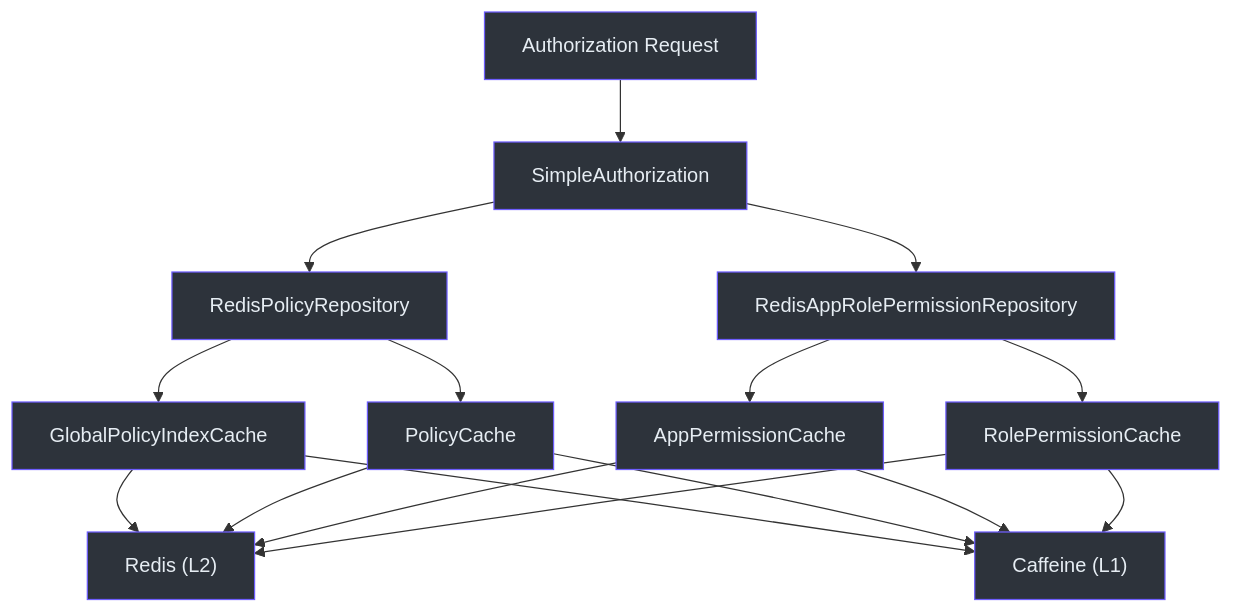
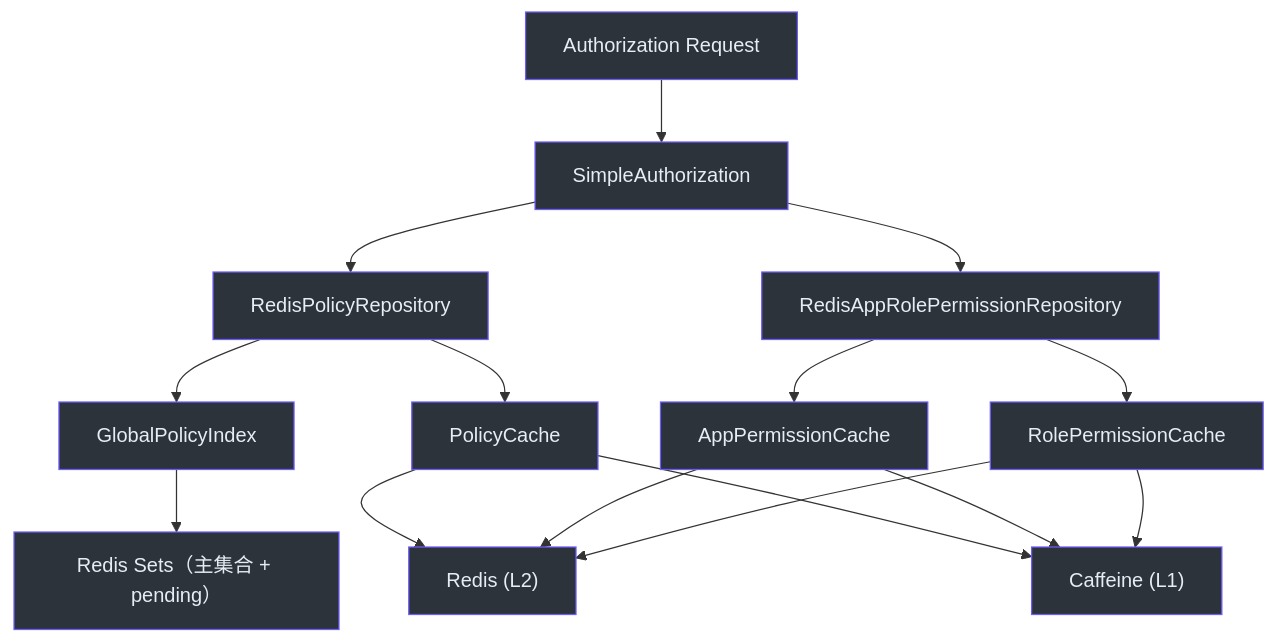
One commit to Ahoo-Wang/CoSec changed the first of 4 diagrams in wiki/zh/deep-dive/integrations/redis-caching.md. Above: the diagram before and after it, drawn with Mermaid. The commit also changed other lines of this file and 43 other files, not shown here.

````diff
--- a/wiki/zh/deep-dive/integrations/redis-caching.md
+++ b/wiki/zh/deep-dive/integrations/redis-caching.md
@@ -12,30 +12,32 @@
 ```mermaid
 graph TD
     A["Authorization Request"] --> B["SimpleAuthorization"]
     B --> C["RedisPolicyRepository"]
     B --> D["RedisAppRolePermissionRepository"]
-    C --> E["GlobalPolicyIndexCache"]
+    C --> E["GlobalPolicyIndex"]
     C --> F["PolicyCache"]
     D --> G["AppPermissionCache"]
     D --> H["RolePermissionCache"]
-    E --> I["Redis (L2)"]
+    E --> K["Redis Sets（主集合 + pending）"]
+    I["Redis (L2)"]
+    J["Caffeine (L1)"]
     F --> I
     G --> I
     H --> I
-    E --> J["Caffeine (L1)"]
     F --> J
     G --> J
     H --> J
 
     style A fill:#2d333b,stroke:#6d5dfc,color:#e6edf3
     style B fill:#2d333b,stroke:#6d5dfc,color:#e6edf3
     style C fill:#2d333b,stroke:#6d5dfc,color:#e6edf3
     style D fill:#2d333b,stroke:#6d5dfc,color:#e6edf3
     style E fill:#2d333b,stroke:#6d5dfc,color:#e6edf3
     style F fill:#2d333b,stroke:#6d5dfc,color:#e6edf3
     style G fill:#2d333b,stroke:#6d5dfc,color:#e6edf3
     style H fill:#2d333b,stroke:#6d5dfc,color:#e6edf3
     style I fill:#2d333b,stroke:#6d5dfc,color:#e6edf3
     style J fill:#2d333b,stroke:#6d5dfc,color:#e6edf3
+    style K fill:#2d333b,stroke:#6d5dfc,color:#e6edf3
 
 ```
````
